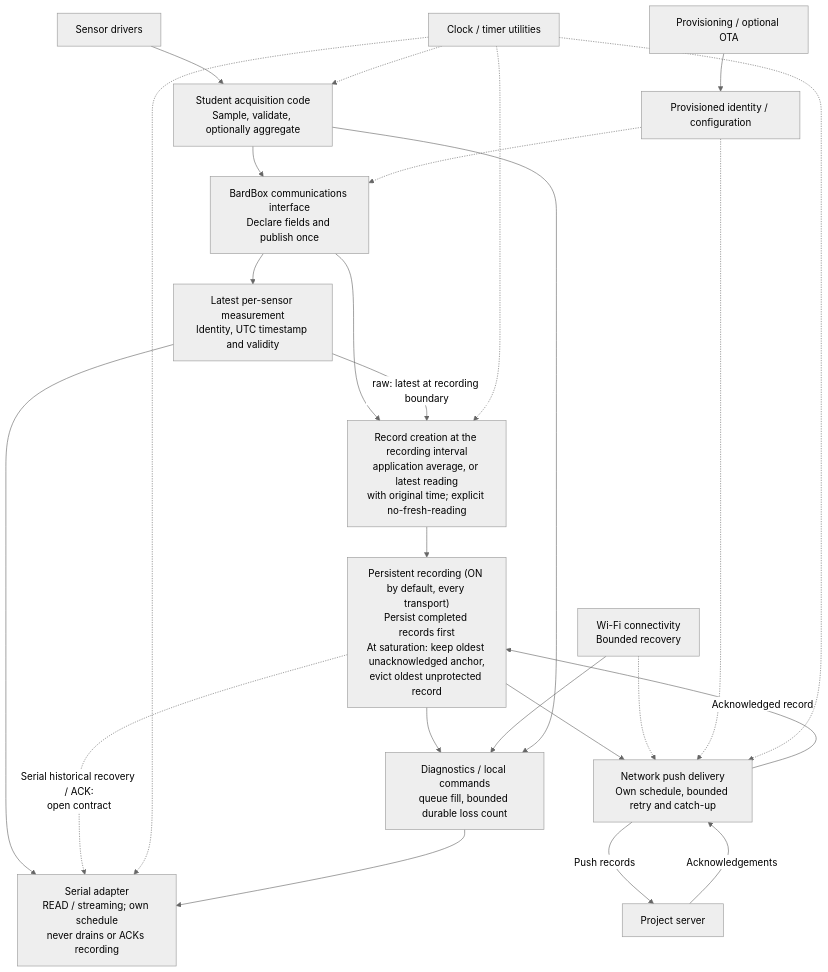
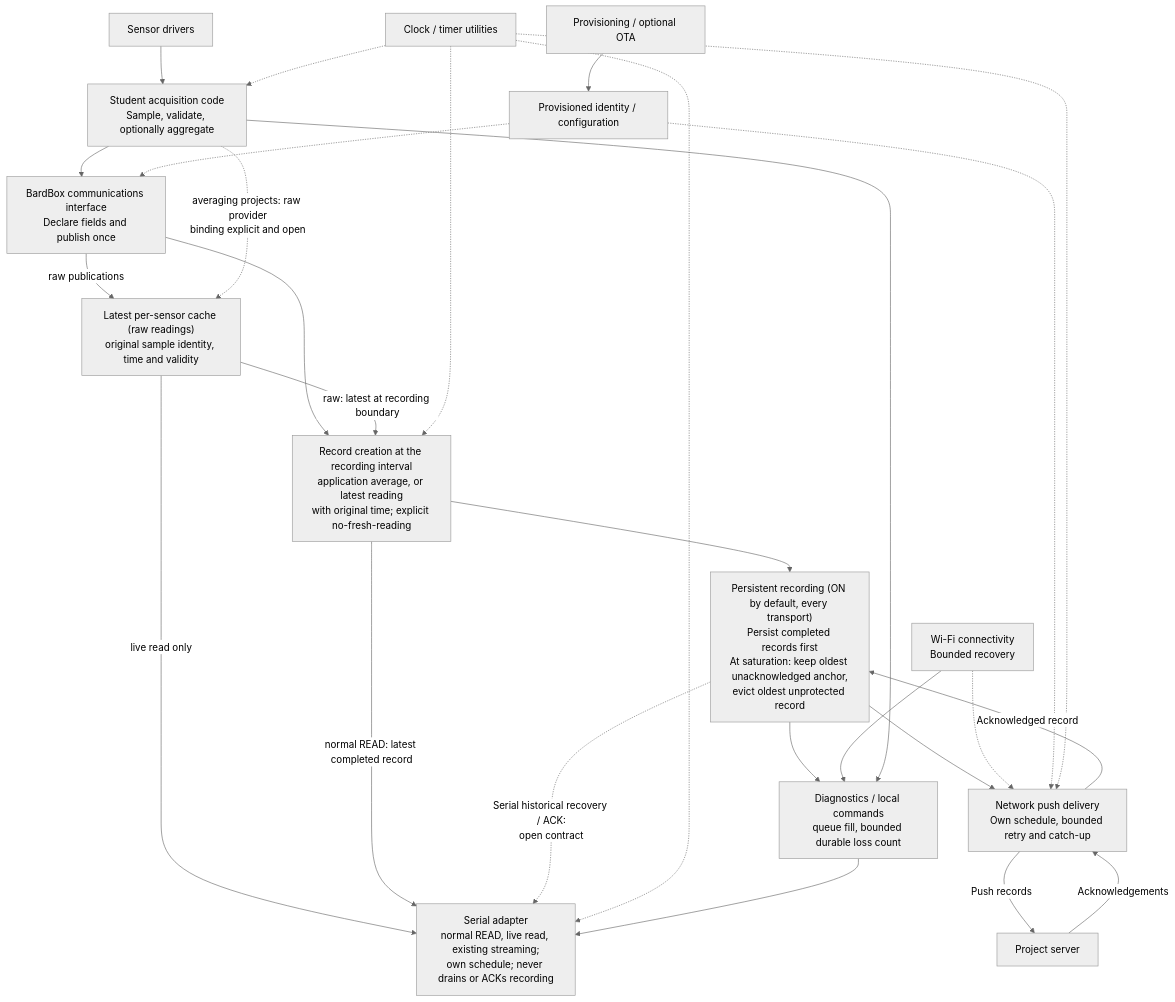
One commit to bardphysicslab/bardbox changed the first of 3 diagrams in docs/architecture-map.md. Above: the diagram before and after it, drawn with Mermaid (neutral theme). The commit also changed other lines of this file and 1 other file, not shown here.

First line of the commit message:
Review fixes: serial READ routing in diagram; capture-time cutoff for snapshots

````diff
--- a/docs/architecture-map.md
+++ b/docs/architecture-map.md
@@ -44,28 +44,30 @@
 ```mermaid
 flowchart TB
     Sensors["Sensor drivers"] --> Acquisition["Student acquisition code<br/>Sample, validate, optionally aggregate"]
     Acquisition --> Publish["BardBox communications interface<br/>Declare fields and publish once"]
-    Publish --> Latest["Latest per-sensor measurement<br/>Identity, UTC timestamp and validity"]
-    Latest --> Serial["Serial adapter<br/>READ / streaming; own schedule<br/>never drains or ACKs recording"]
+    Publish -->|"raw publications"| Latest["Latest per-sensor cache (raw readings)<br/>original sample identity, time and validity"]
+    Acquisition -.->|"averaging projects: raw provider<br/>binding explicit and open"| Latest
+    Latest -->|"live read only"| Serial["Serial adapter<br/>normal READ, live read, existing streaming;<br/>own schedule; never drains or ACKs recording"]
     Publish --> Records["Record creation at the recording interval<br/>application average, or latest reading<br/>with original time; explicit no-fresh-reading"]
     Latest -->|"raw: latest at recording boundary"| Records
+    Records -->|"normal READ: latest completed record"| Serial
     Records --> Queue["Persistent recording (ON by default, every transport)<br/>Persist completed records first<br/>At saturation: keep oldest unacknowledged anchor,<br/>evict oldest unprotected record"]
     Queue --> Upload["Network push delivery<br/>Own schedule, bounded retry and catch-up"]
     Upload -->|Acknowledged record| Queue
     Upload -->|Push records| Server["Project server"]
     Server -->|Acknowledgements| Upload
     Queue -.->|"Serial historical recovery / ACK:<br/>open contract"| Serial
     WiFi["Wi-Fi connectivity<br/>Bounded recovery"] -.-> Upload
     Identity["Provisioned identity / configuration"] -.-> Publish
     Identity -.-> Upload
     Time["Clock / timer utilities"] -.-> Acquisition
     Time -.-> Records
     Time -.-> Serial
     Time -.-> Upload
     Diagnostics["Diagnostics / local commands<br/>queue fill, bounded durable loss count"]
     Queue --> Diagnostics
     WiFi --> Diagnostics
     Acquisition --> Diagnostics
     Diagnostics --> Serial
     Maintenance["Provisioning / optional OTA"] --> Identity
 ```
````
